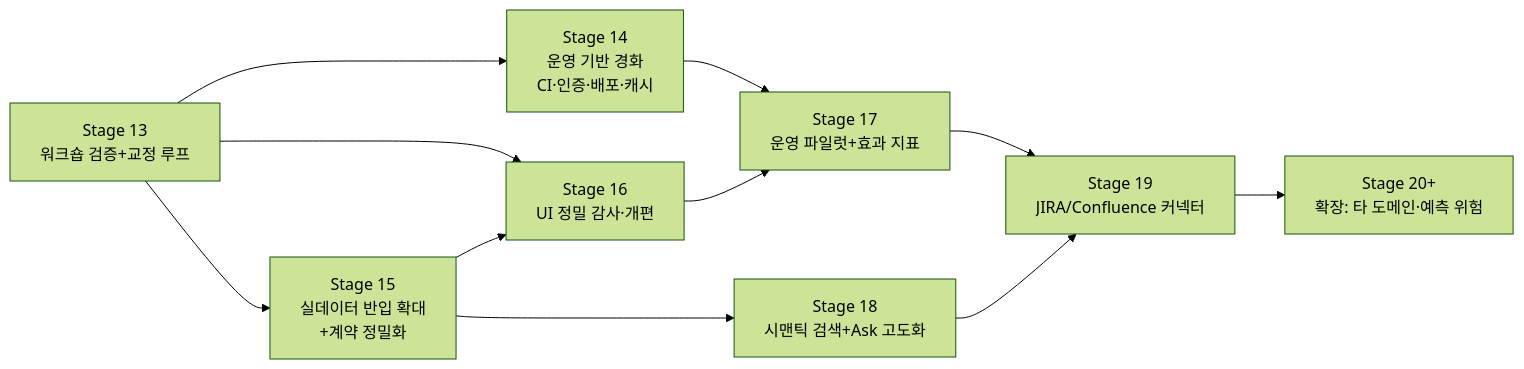
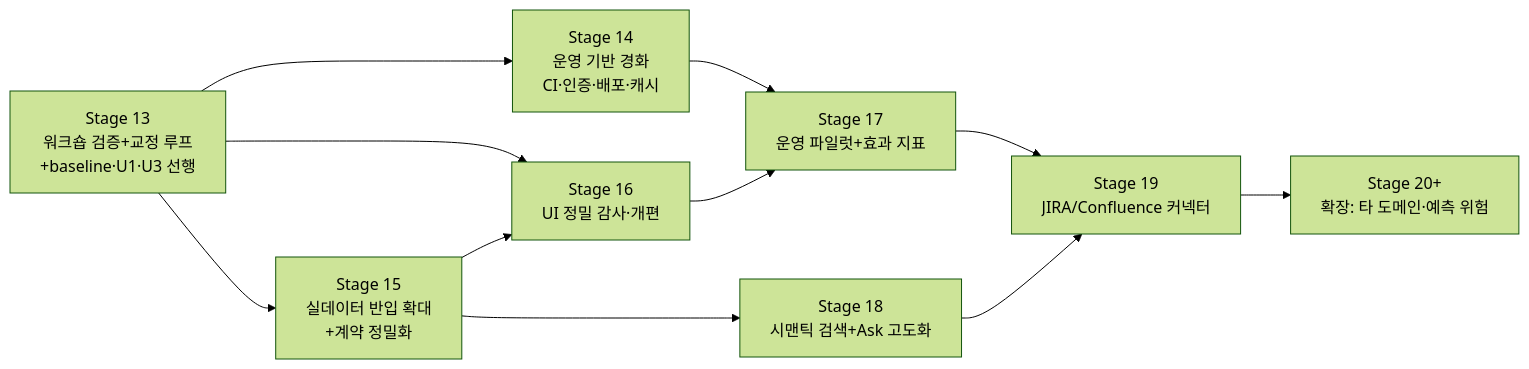
The diagram in internal_docs/design/05_long_term_improvement_plan.md (younghwan78/SocDev_Operational_Ontology2), drawn with Mermaid (forest theme) before and after one commit. The commit also changed other lines of this file, not shown here.

First line of the commit message:
docs: 장기 개선 계획 v1.2 — 검토 반영 (G1 baseline·Stage 13 2트랙·UI 위생 조기화 등)

````diff
--- a/internal_docs/design/05_long_term_improvement_plan.md
+++ b/internal_docs/design/05_long_term_improvement_plan.md
@@ -134,13 +136,13 @@
 ```mermaid
 flowchart LR
-    S13[Stage 13<br/>워크숍 검증+교정 루프] --> S14[Stage 14<br/>운영 기반 경화<br/>CI·인증·배포·캐시]
+    S13[Stage 13<br/>워크숍 검증+교정 루프<br/>+baseline·U1·U3 선행] --> S14[Stage 14<br/>운영 기반 경화<br/>CI·인증·배포·캐시]
     S13 --> S15[Stage 15<br/>실데이터 반입 확대<br/>+계약 정밀화]
     S13 --> S16[Stage 16<br/>UI 정밀 감사·개편]
     S15 --> S16
     S14 --> S17[Stage 17<br/>운영 파일럿+효과 지표]
     S16 --> S17
     S15 --> S18[Stage 18<br/>시맨틱 검색+Ask 고도화]
     S17 --> S19[Stage 19<br/>JIRA/Confluence 커넥터]
     S18 --> S19
     S19 --> S20[Stage 20+<br/>확장: 타 도메인·예측 위험]
 ```
````
